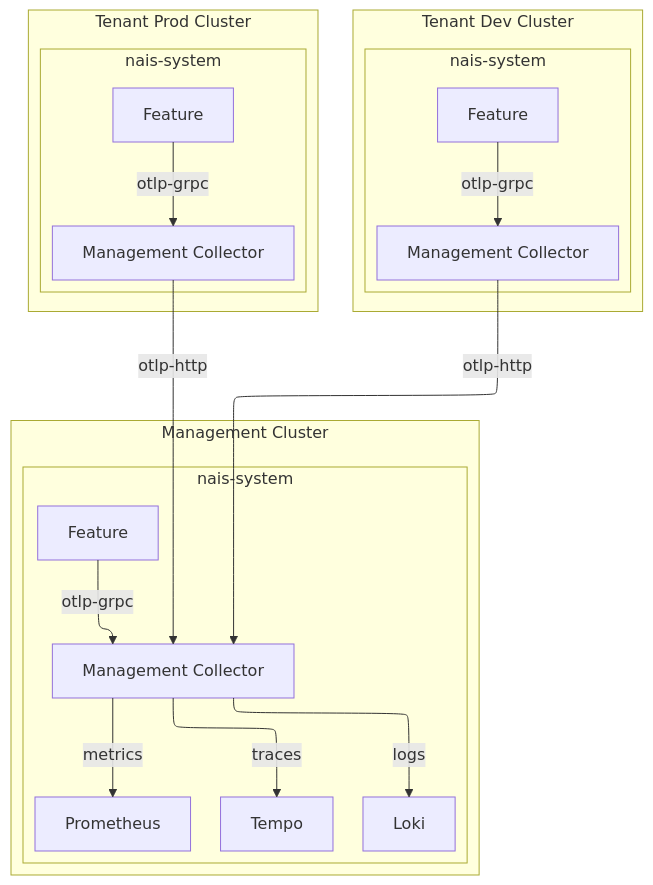
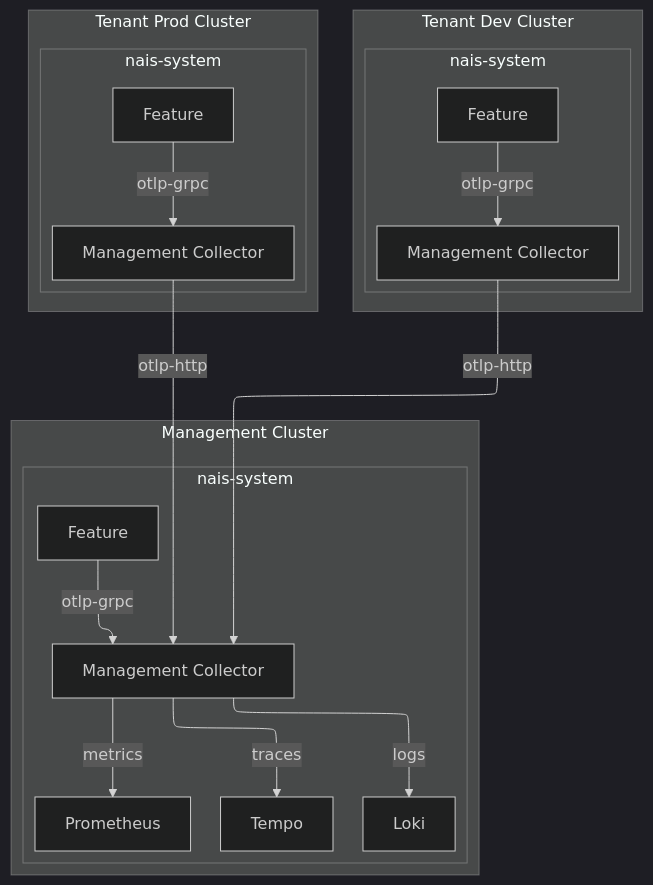
Before and after one commit to nais/handbook: the third of 3 diagrams in docs/technical/observability.md, drawn with Mermaid.

Commit message:
Make diagram dark mode friendly

````diff
--- a/docs/technical/observability.md
+++ b/docs/technical/observability.md
@@ -95,42 +95,43 @@
 ```mermaid
 ---
 config:
     flowchart:
         defaultRenderer: elk
 ---
+%%{init: {'theme':'dark'}}%%
 flowchart
   subgraph "management"[Management Cluster]
     subgraph "management-nais-system"[nais-system]
       OtelCollector[Management Collector]
       Tempo
       Loki
       Prometheus
       Feature[Feature]
     end
   end
 
   subgraph "dev"[Tenant Dev Cluster]
     subgraph "dev-nais-system"[nais-system]
       DevFeature[Feature]
       DevOtelC[Management Collector]
     end
   end
 
   subgraph "prod"[Tenant Prod Cluster]
     subgraph "prod-nais-system"[nais-system]
       ProdFeature[Feature]
       ProdOtelC[Management Collector]
     end
   end
 
   Feature -- otlp-grpc --> OtelCollector
 
   DevFeature -- otlp-grpc --> DevOtelC
   ProdFeature -- otlp-grpc --> ProdOtelC
   DevOtelC -- otlp-http --> OtelCollector
   ProdOtelC -- otlp-http --> OtelCollector
 
   OtelCollector -- traces --> Tempo
   OtelCollector -- logs --> Loki
   OtelCollector -- metrics --> Prometheus
 ```
````
